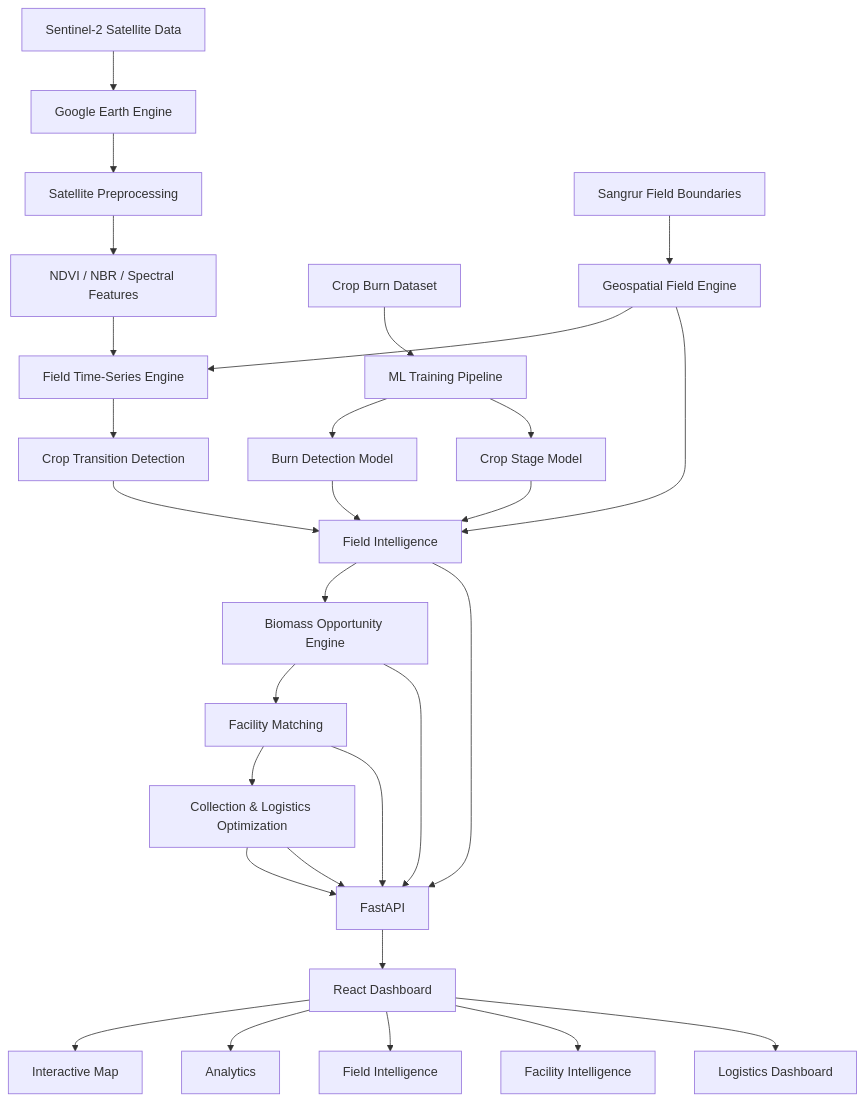
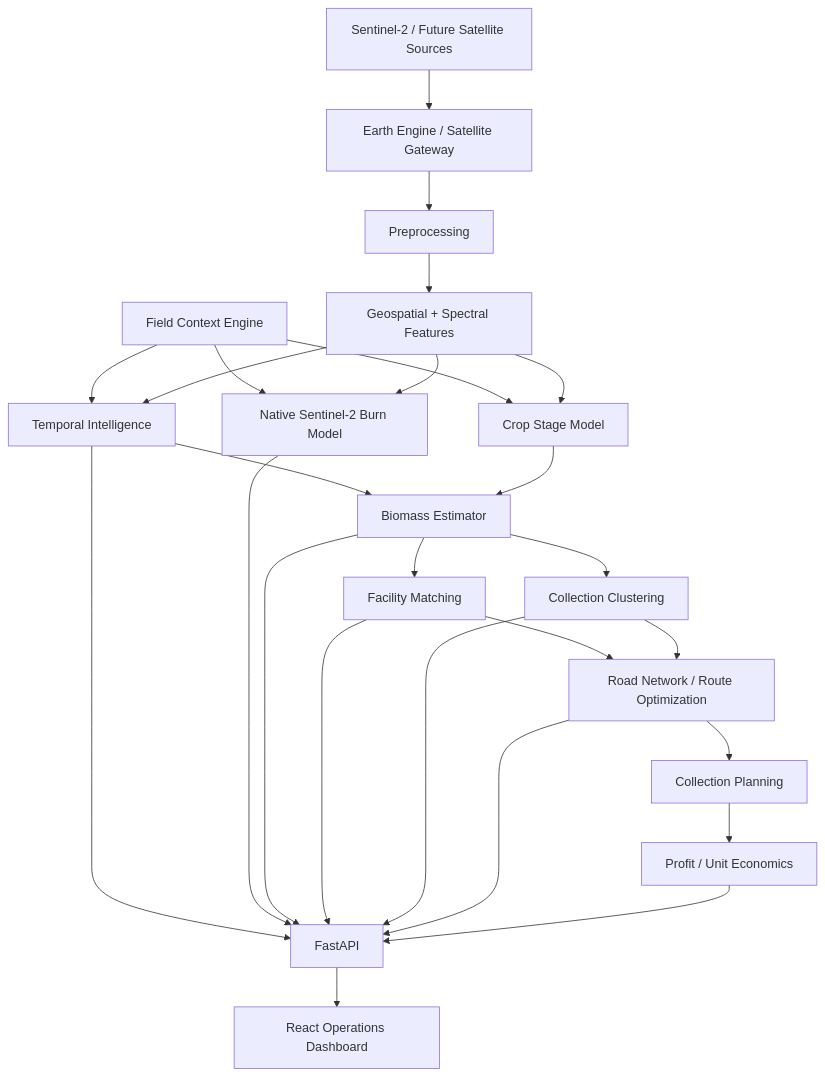
One commit to apexcoderaziz/Project-Parali changed diagram 11 of 11 in README.md. Above: the diagram before and after it, drawn with Mermaid. The commit also changed other lines of this file, not shown here.

````diff
--- a/README.md
+++ b/README.md
@@ -1201,49 +2242,60 @@
 ```mermaid
 flowchart TB
 
-    SAT[Sentinel-2 Satellite Data]
-    EE[Google Earth Engine]
+    SAT[Sentinel-2 / Future Satellite Sources]
+    EE[Earth Engine / Satellite Gateway]
+    PRE[Preprocessing]
+    FEAT[Geospatial + Spectral Features]
+
+    FIELD[Field Context Engine]
+
+    TS[Temporal Intelligence]
+    BURN[Native Sentinel-2 Burn Model]
+    STAGE[Crop Stage Model]
+
+    BIO[Biomass Estimator]
+    MATCH[Facility Matching]
+    CLUSTER[Collection Clustering]
+
+    ROUTE[Road Network / Route Optimization]
+    PLAN[Collection Planning]
+    ECON[Profit / Unit Economics]
+
+    API[FastAPI]
+    UI[React Operations Dashboard]
 
     SAT --> EE
+    EE --> PRE
+    PRE --> FEAT
 
-    EE --> PRE[Satellite Preprocessing]
-    PRE --> IDX[NDVI / NBR / Spectral Features]
+    FIELD --> TS
+    FEAT --> TS
 
-    IDX --> TS[Field Time-Series Engine]
-    TS --> TRANS[Crop Transition Detection]
+    FIELD --> BURN
+    FEAT --> BURN
 
-    IMG[Crop Burn Dataset] --> ML[ML Training Pipeline]
+    FIELD --> STAGE
+    FEAT --> STAGE
 
-    ML --> BURN[Burn Detection Model]
-    ML --> STAGE[Crop Stage Model]
+    TS --> BIO
+    STAGE --> BIO
 
-    FIELDS[Sangrur Field Boundaries] --> GIS[Geospatial Field Engine]
+    BIO --> MATCH
+    BIO --> CLUSTER
 
-    GIS --> TS
-    GIS --> DASH[Field Intelligence]
+    MATCH --> ROUTE
+    CLUSTER --> ROUTE
 
-    TRANS --> DASH
-    BURN --> DASH
-    STAGE --> DASH
+    ROUTE --> PLAN
+    PLAN --> ECON
 
-    DASH --> BIO[Biomass Opportunity Engine]
-
-    BIO --> MATCH[Facility Matching]
-
-    MATCH --> LOG[Collection & Logistics Optimization]
-
-    LOG --> API[FastAPI]
-
-    DASH --> API
+    TS --> API
+    BURN --> API
     BIO --> API
     MATCH --> API
-    LOG --> API
+    CLUSTER --> API
+    ROUTE --> API
+    ECON --> API
 
-    API --> FRONT[React Dashboard]
-
-    FRONT --> MAP[Interactive Map]
-    FRONT --> CHART[Analytics]
-    FRONT --> FIELD[Field Intelligence]
-    FRONT --> FACILITY[Facility Intelligence]
-    FRONT --> LOGISTICS[Logistics Dashboard]
+    API --> UI
 ```
````
